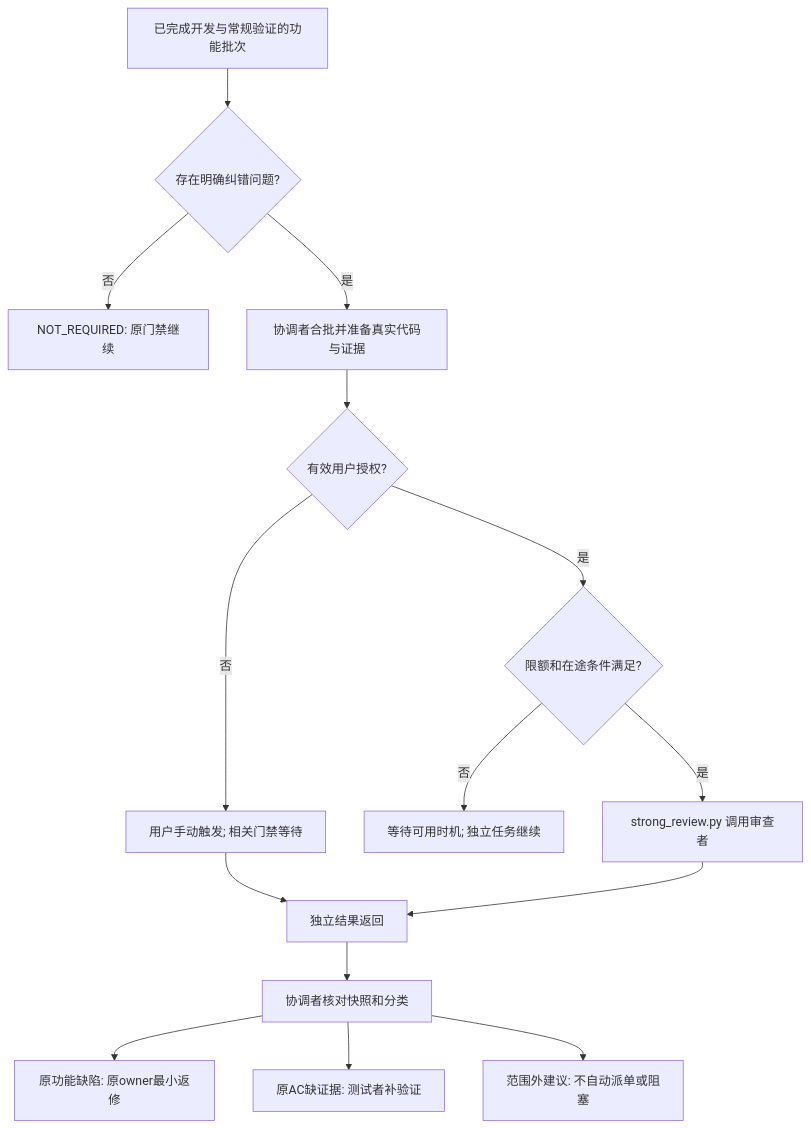
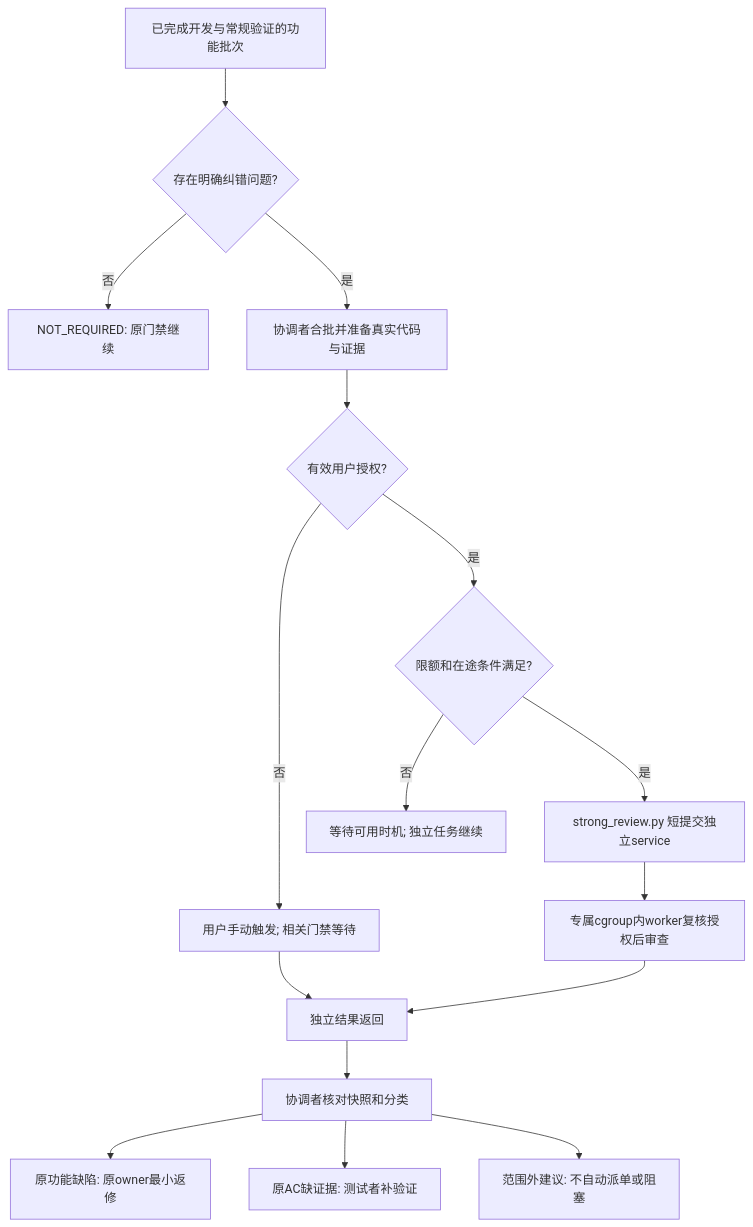
One commit to wangzd9/skill-backup changed the sixth of 6 diagrams in docs/SKILL-DEVELOPMENT-WORKFLOW.md. Above: the diagram before and after it, drawn with Mermaid. The commit also changed other lines of this file and 469 other files, not shown here.

````diff
--- a/docs/SKILL-DEVELOPMENT-WORKFLOW.md
+++ b/docs/SKILL-DEVELOPMENT-WORKFLOW.md
@@ -371,17 +446,18 @@
 ```mermaid
 flowchart TD
     P[已完成开发与常规验证的功能批次] --> Q{存在明确纠错问题?}
     Q -- 否 --> N[NOT_REQUIRED: 原门禁继续]
     Q -- 是 --> B[协调者合批并准备真实代码与证据]
     B --> A{有效用户授权?}
     A -- 否 --> U[用户手动触发; 相关门禁等待]
     A -- 是 --> L{限额和在途条件满足?}
     L -- 否 --> W[等待可用时机; 独立任务继续]
-    L -- 是 --> S[strong_review.py 调用审查者]
+    L -- 是 --> S[strong_review.py 短提交独立service]
     U --> R[独立结果返回]
-    S --> R
+    S --> V[专属cgroup内worker复核授权后审查]
+    V --> R
     R --> C[协调者核对快照和分类]
     C --> F[原功能缺陷: 原owner最小返修]
     C --> T[原AC缺证据: 测试者补验证]
     C --> O[范围外建议: 不自动派单或阻塞]
 ```
````
